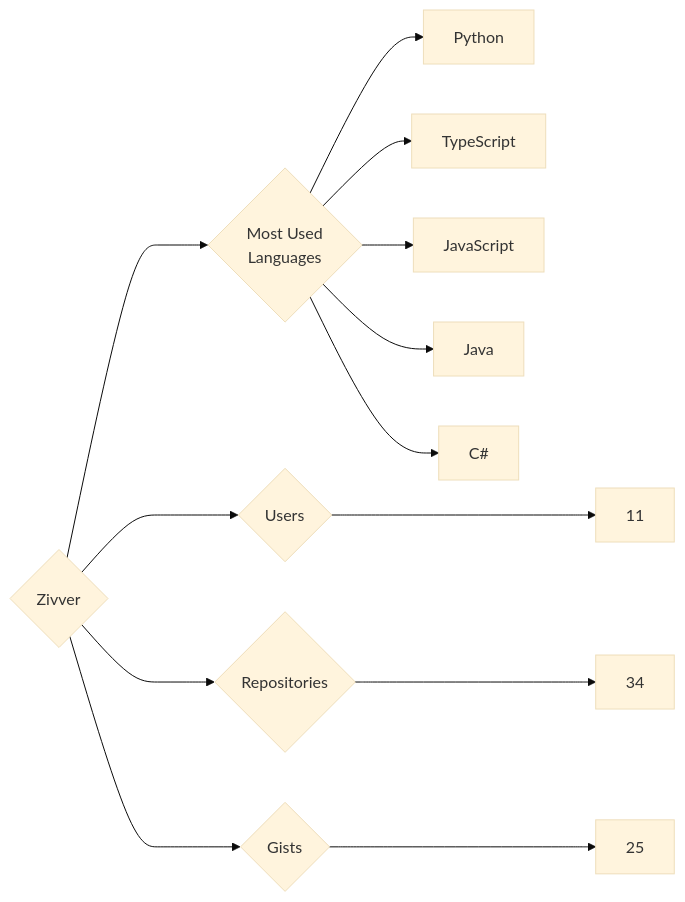
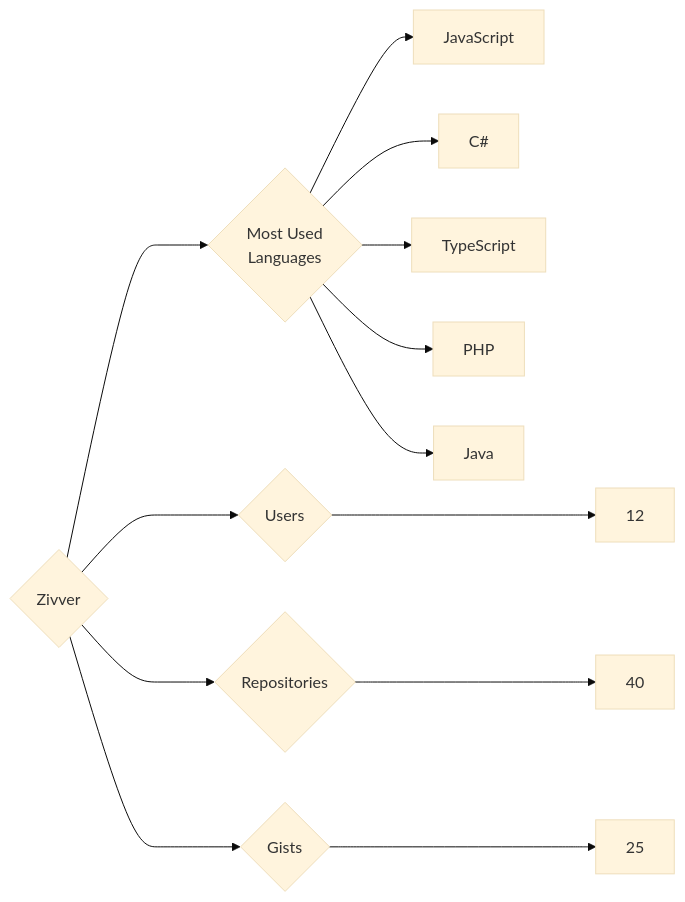
One commit to trickest/insiders changed the diagram in targets/Zivver/README.md. Above: the diagram before and after it, drawn with Mermaid (base theme). The commit also changed 823 other files, not shown here.

````diff
--- a/targets/Zivver/README.md
+++ b/targets/Zivver/README.md
@@ -3,13 +3,13 @@
 ```mermaid
 graph LR
 COMPANY_NAME{Zivver}
-COMPANY_NAME ---> U{Users} ---> UN[11]
-COMPANY_NAME ---> R{Repositories} ---> RN[34]
+COMPANY_NAME ---> U{Users} ---> UN[12]
+COMPANY_NAME ---> R{Repositories} ---> RN[40]
 COMPANY_NAME ---> G{Gists} ---> GN[25]
 COMPANY_NAME ---> ML{Most Used<br>Languages}
-ML --> Python[Python]
+ML --> JavaScript[JavaScript]
+ML --> C#[C#]
 ML --> TypeScript[TypeScript]
-ML --> JavaScript[JavaScript]
+ML --> PHP[PHP]
 ML --> Java[Java]
-ML --> C#[C#]
 ```
````
